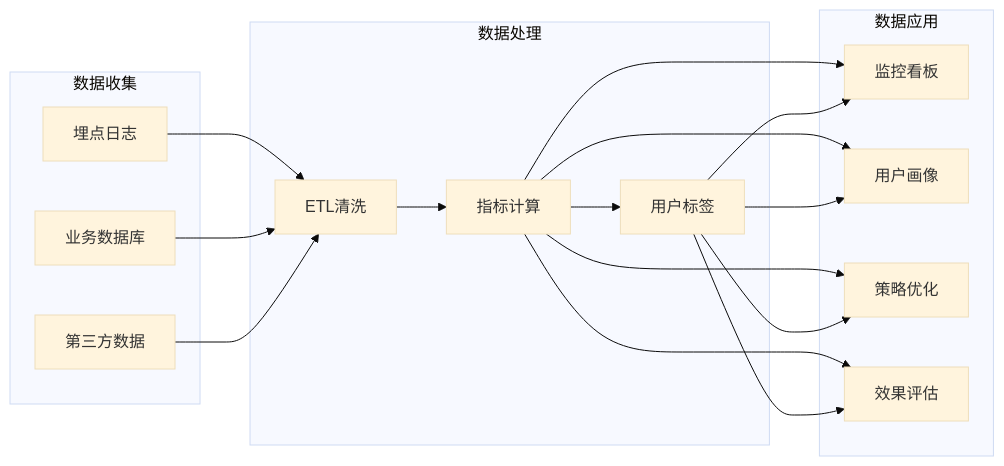
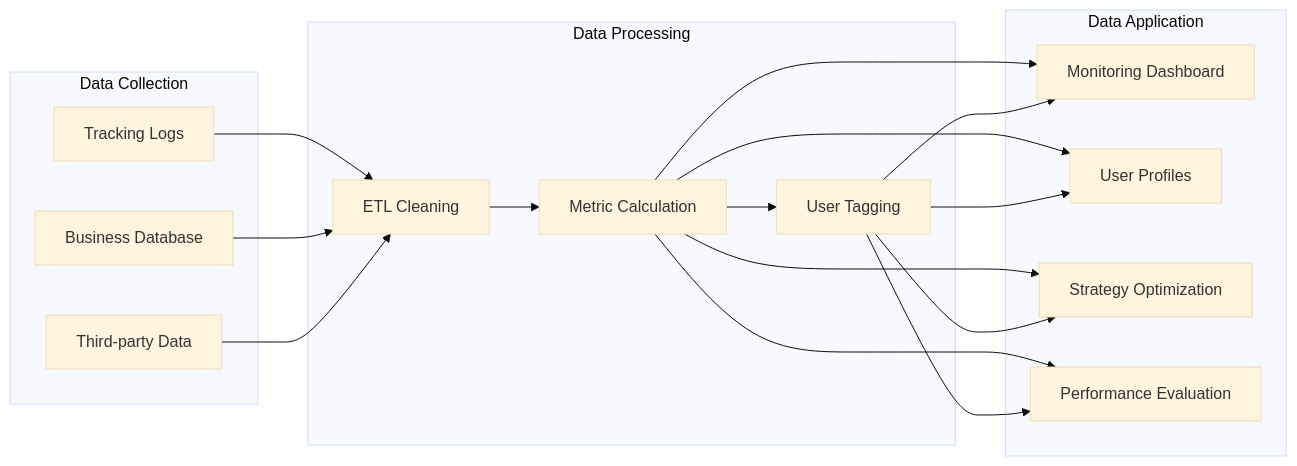
Before and after one commit to Kirky-X/cangjie: the seventh of 9 diagrams in templates/产品/运营层/【模板】运营手册.md, drawn with Mermaid (base theme). The commit also changed other lines of this file and 46 other files, not shown here.

````diff
--- a/templates/产品/运营层/【模板】运营手册.md
+++ b/templates/产品/运营层/【模板】运营手册.md
@@ -340,34 +340,34 @@
 ```mermaid
 flowchart LR
-    subgraph 数据收集
-        D1[埋点日志]
-        D2[业务数据库]
-        D3[第三方数据]
+    subgraph Data Collection
+        D1[Tracking Logs]
+        D2[Business Database]
+        D3[Third-party Data]
     end
 
-    subgraph 数据处理
-        E1[ETL清洗]
-        E2[指标计算]
-        E3[用户标签]
+    subgraph Data Processing
+        E1[ETL Cleaning]
+        E2[Metric Calculation]
+        E3[User Tagging]
     end
 
-    subgraph 数据应用
-        F1[监控看板]
-        F2[用户画像]
-        F3[策略优化]
-        F4[效果评估]
+    subgraph Data Application
+        F1[Monitoring Dashboard]
+        F2[User Profiles]
+        F3[Strategy Optimization]
+        F4[Performance Evaluation]
     end
 
     D1 --> E1
     D2 --> E1
     D3 --> E1
     E1 --> E2 --> E3
     E2 --> F1
     E2 --> F2
     E2 --> F3
     E2 --> F4
     E3 --> F1
     E3 --> F2
     E3 --> F3
     E3 --> F4
 ```
````
